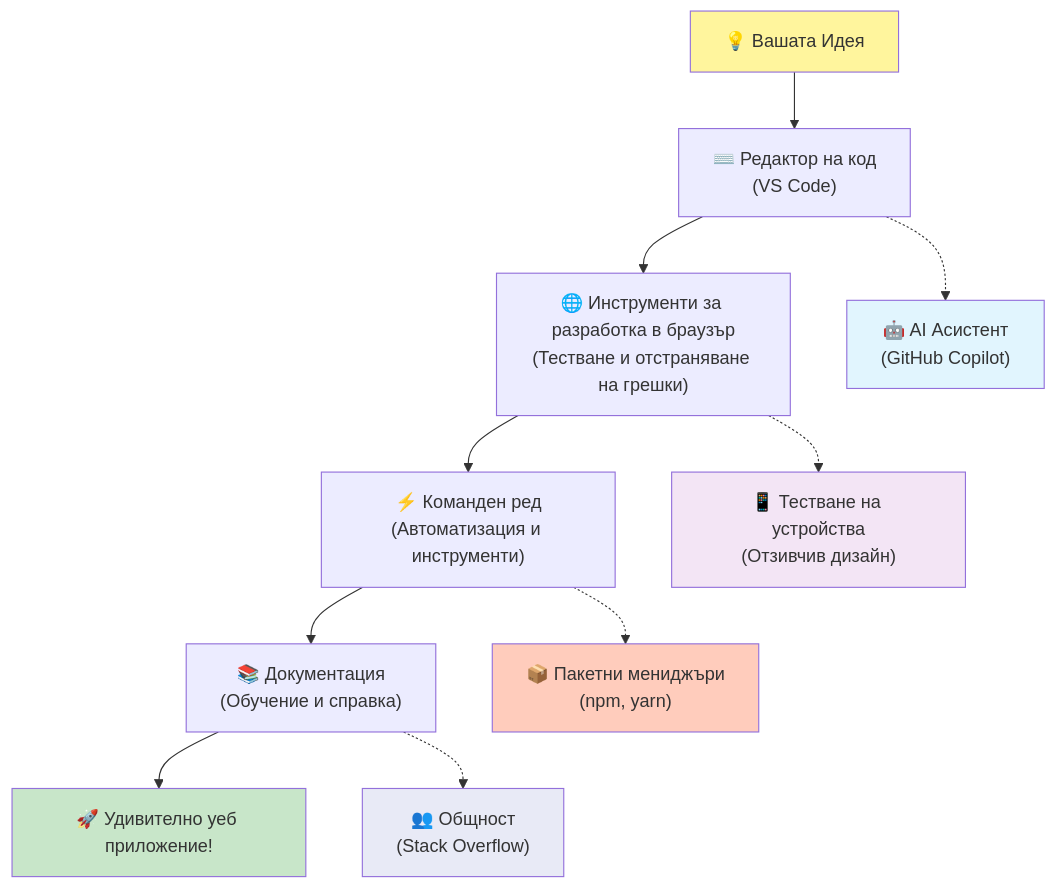
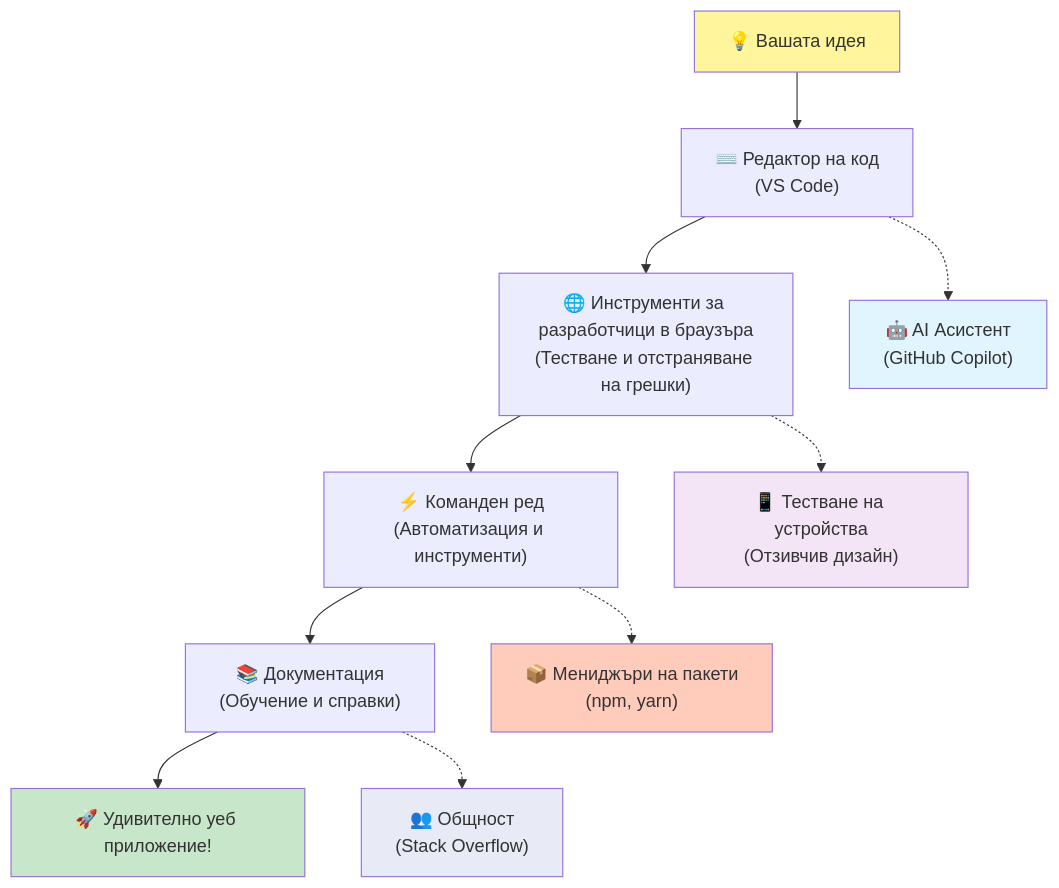
Before and after one commit to microsoft/Web-Dev-For-Beginners: the fifth of 7 diagrams in translations/bg/1-getting-started-lessons/1-intro-to-programming-languages/README.md, drawn with Mermaid. The commit also changed other lines of this file and 11 other files, not shown here.

````diff
--- a/translations/bg/1-getting-started-lessons/1-intro-to-programming-languages/README.md
+++ b/translations/bg/1-getting-started-lessons/1-intro-to-programming-languages/README.md
@@ -486,20 +487,20 @@
 ```mermaid
 graph TD
-    A["💡 Вашата Идея"] --> B["⌨️ Редактор на код<br/>(VS Code)"] 
-    B --> C["🌐 Инструменти за разработка в браузър<br/>(Тестване и отстраняване на грешки)"]
+    A["💡 Вашата идея"] --> B["⌨️ Редактор на код<br/>(VS Code)"] 
+    B --> C["🌐 Инструменти за разработчици в браузъра<br/>(Тестване и отстраняване на грешки)"]
     C --> D["⚡ Команден ред<br/>(Автоматизация и инструменти)"]
-    D --> E["📚 Документация<br/>(Обучение и справка)"]
+    D --> E["📚 Документация<br/>(Обучение и справки)"]
     E --> F["🚀 Удивително уеб приложение!"]
     
     B -.-> G["🤖 AI Асистент<br/>(GitHub Copilot)"]
     C -.-> H["📱 Тестване на устройства<br/>(Отзивчив дизайн)"]
-    D -.-> I["📦 Пакетни мениджъри<br/>(npm, yarn)"]
+    D -.-> I["📦 Мениджъри на пакети<br/>(npm, yarn)"]
     E -.-> J["👥 Общност<br/>(Stack Overflow)"]
     
     style A fill:#fff59d
     style F fill:#c8e6c9
     style G fill:#e1f5fe
     style H fill:#f3e5f5
     style I fill:#ffccbc
     style J fill:#e8eaf6
-```  
+```
````
